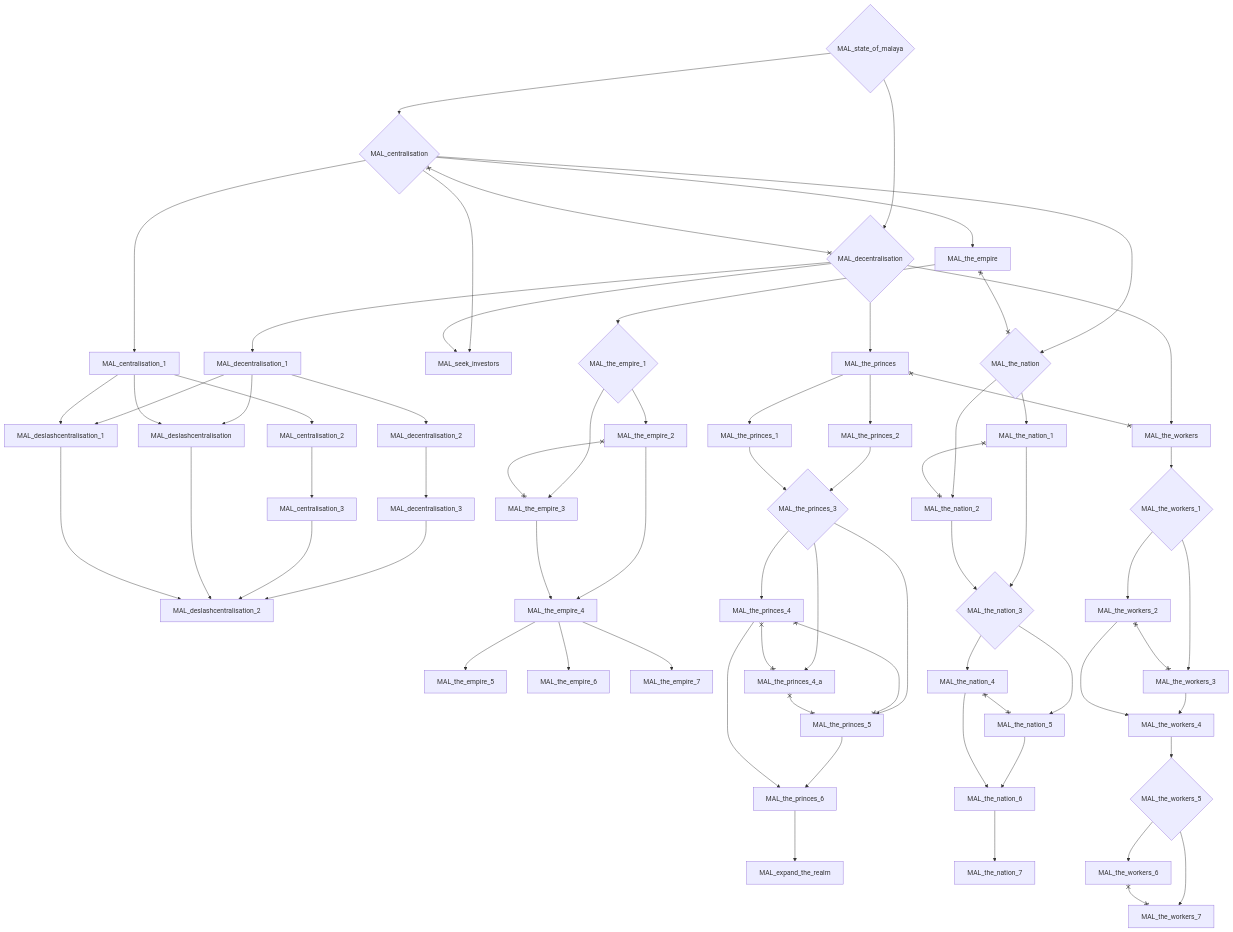
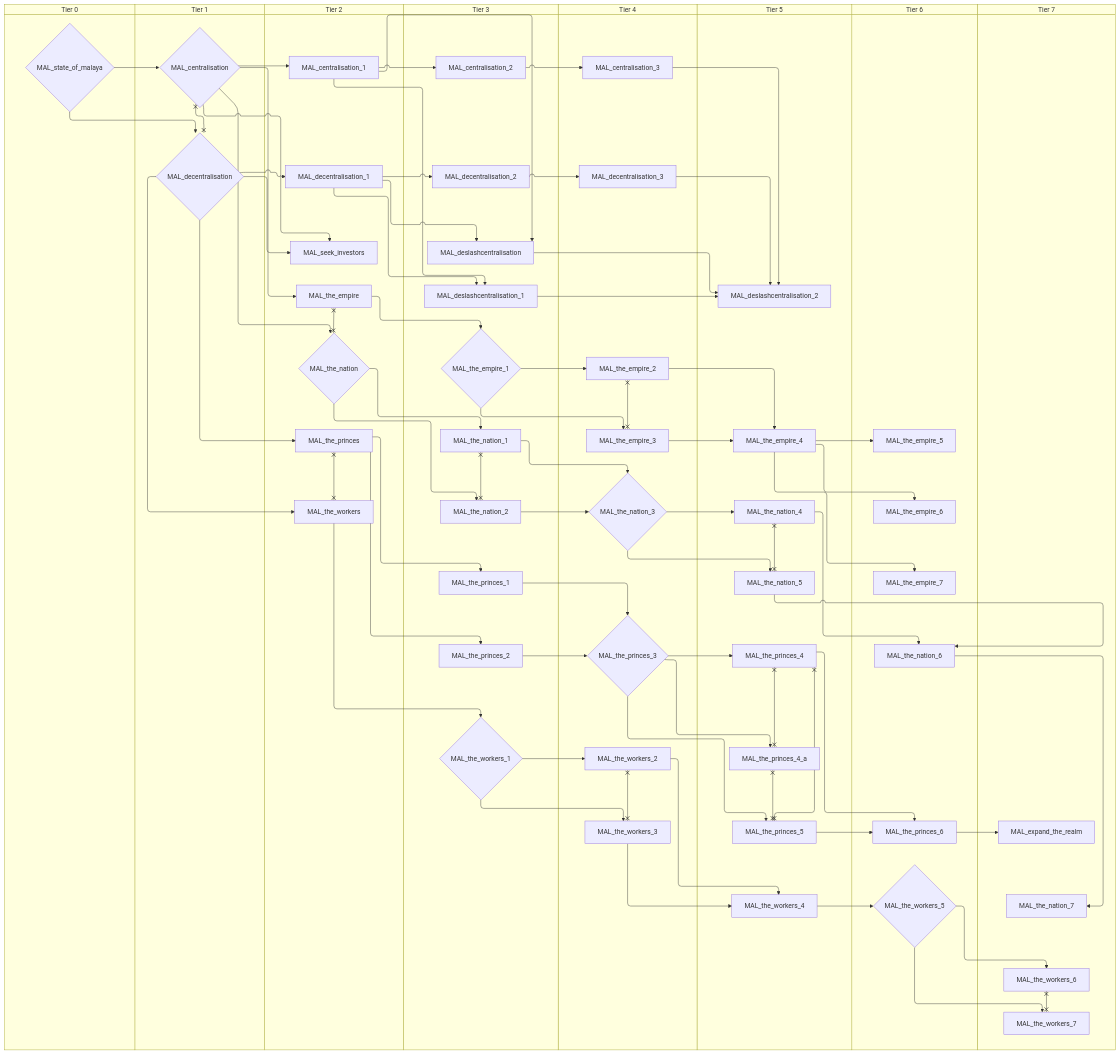
The third of 7 diagrams in docs/gdd/National Focuses/r56/malaysia.md (evgeny-sobol/hoi4-sandbox-mode-r56), drawn with Mermaid before and after one commit. The commit also changed other lines of this file and 423 other files, not shown here.

First line of the commit message:
Re-export Rt56 focus trees as swimlane diagrams

````diff
--- a/docs/gdd/National Focuses/r56/malaysia.md
+++ b/docs/gdd/National Focuses/r56/malaysia.md
@@ -41,117 +55,133 @@
 ```mermaid
-flowchart TD
-    n14{"MAL_centralisation"}
-    n15["MAL_centralisation_1"]
-    n16["MAL_centralisation_2"]
-    n17["MAL_centralisation_3"]
-    n18{"MAL_decentralisation"}
-    n19["MAL_decentralisation_1"]
-    n20["MAL_decentralisation_2"]
-    n21["MAL_decentralisation_3"]
-    n22["MAL_deslashcentralisation"]
-    n23["MAL_deslashcentralisation_1"]
-    n24["MAL_deslashcentralisation_2"]
-    n25["MAL_expand_the_realm"]
-    n26["MAL_seek_investors"]
-    n27{"MAL_state_of_malaya"}
-    n28["MAL_the_empire"]
-    n29{"MAL_the_empire_1"}
-    n30["MAL_the_empire_2"]
-    n31["MAL_the_empire_3"]
-    n32["MAL_the_empire_4"]
-    n33["MAL_the_empire_5"]
-    n34["MAL_the_empire_6"]
-    n35["MAL_the_empire_7"]
-    n36{"MAL_the_nation"}
-    n37["MAL_the_nation_1"]
-    n38["MAL_the_nation_2"]
-    n39{"MAL_the_nation_3"}
-    n40["MAL_the_nation_4"]
-    n41["MAL_the_nation_5"]
-    n42["MAL_the_nation_6"]
-    n43["MAL_the_nation_7"]
-    n44["MAL_the_princes"]
-    n45["MAL_the_princes_1"]
-    n46["MAL_the_princes_2"]
-    n47{"MAL_the_princes_3"}
-    n48["MAL_the_princes_4"]
-    n49["MAL_the_princes_4_a"]
-    n50["MAL_the_princes_5"]
-    n51["MAL_the_princes_6"]
-    n52["MAL_the_workers"]
-    n53{"MAL_the_workers_1"}
-    n54["MAL_the_workers_2"]
-    n55["MAL_the_workers_3"]
-    n56["MAL_the_workers_4"]
-    n57{"MAL_the_workers_5"}
-    n58["MAL_the_workers_6"]
-    n59["MAL_the_workers_7"]
-    n27 --> n14
+swimlane-beta TD
+    subgraph tier_0["Tier 0"]
+        n14{"MAL_state_of_malaya"}
+    end
+    subgraph tier_1["Tier 1"]
+        n15{"MAL_centralisation"}
+        n16{"MAL_decentralisation"}
+    end
+    subgraph tier_2["Tier 2"]
+        n17["MAL_centralisation_1"]
+        n18["MAL_decentralisation_1"]
+        n19["MAL_seek_investors"]
+        n20["MAL_the_empire"]
+        n21{"MAL_the_nation"}
+        n22["MAL_the_princes"]
+        n23["MAL_the_workers"]
+    end
+    subgraph tier_3["Tier 3"]
+        n24["MAL_centralisation_2"]
+        n25["MAL_decentralisation_2"]
+        n26["MAL_deslashcentralisation"]
+        n27["MAL_deslashcentralisation_1"]
+        n28{"MAL_the_empire_1"}
+        n29["MAL_the_nation_1"]
+        n30["MAL_the_nation_2"]
+        n31["MAL_the_princes_1"]
+        n32["MAL_the_princes_2"]
+        n33{"MAL_the_workers_1"}
+    end
+    subgraph tier_4["Tier 4"]
+        n34["MAL_centralisation_3"]
+        n35["MAL_decentralisation_3"]
+        n36["MAL_the_empire_2"]
+        n37["MAL_the_empire_3"]
+        n38{"MAL_the_nation_3"}
+        n39{"MAL_the_princes_3"}
+        n40["MAL_the_workers_2"]
+        n41["MAL_the_workers_3"]
+    end
+    subgraph tier_5["Tier 5"]
+        n42["MAL_deslashcentralisation_2"]
+        n43["MAL_the_empire_4"]
+        n44["MAL_the_nation_4"]
+        n45["MAL_the_nation_5"]
+        n46["MAL_the_princes_4"]
+        n47["MAL_the_princes_4_a"]
+        n48["MAL_the_princes_5"]
+        n49["MAL_the_workers_4"]
+    end
+    subgraph tier_6["Tier 6"]
+        n50["MAL_the_empire_5"]
+        n51["MAL_the_empire_6"]
+        n52["MAL_the_empire_7"]
+        n53["MAL_the_nation_6"]
+        n54["MAL_the_princes_6"]
+        n55{"MAL_the_workers_5"}
+    end
+    subgraph tier_7["Tier 7"]
+        n56["MAL_expand_the_realm"]
+        n57["MAL_the_nation_7"]
+        n58["MAL_the_workers_6"]
+        n59["MAL_the_workers_7"]
+    end
     n14 --> n15
-    n15 --> n16
-    n16 --> n17
-    n27 --> n18
-    n18 --> n19
-    n19 --> n20
-    n20 --> n21
-    n19 --> n22
-    n15 --> n22
-    n19 --> n23
-    n15 --> n23
-    n21 --> n24
+    n15 --> n17
     n17 --> n24
-    n22 --> n24
-    n23 --> n24
-    n51 --> n25
-    n14 --> n26
+    n24 --> n34
+    n14 --> n16
+    n16 --> n18
+    n18 --> n25
+    n25 --> n35
     n18 --> n26
-    n14 --> n28
-    n28 --> n29
-    n29 --> n30
-    n29 --> n31
-    n30 --> n32
-    n31 --> n32
-    n32 --> n33
-    n32 --> n34
-    n32 --> n35
-    n14 --> n36
-    n36 --> n37
-    n36 --> n38
-    n37 --> n39
-    n38 --> n39
-    n39 --> n40
-    n39 --> n41
-    n41 --> n42
-    n40 --> n42
-    n42 --> n43
-    n18 --> n44
-    n44 --> n45
-    n44 --> n46
-    n46 --> n47
-    n45 --> n47
-    n47 --> n48
-    n47 --> n49
-    n47 --> n50
-    n50 --> n51
-    n48 --> n51
-    n18 --> n52
-    n52 --> n53
-    n53 --> n54
-    n53 --> n55
-    n55 --> n56
+    n17 --> n26
+    n18 --> n27
+    n17 --> n27
+    n35 --> n42
+    n34 --> n42
+    n26 --> n42
+    n27 --> n42
     n54 --> n56
-    n56 --> n57
-    n57 --> n58
-    n57 --> n59
-    n14 x--x n18
-    n28 x--x n36
-    n30 x--x n31
-    n37 x--x n38
+    n15 --> n19
+    n16 --> n19
+    n15 --> n20
+    n20 --> n28
+    n28 --> n36
+    n28 --> n37
+    n36 --> n43
+    n37 --> n43
+    n43 --> n50
+    n43 --> n51
+    n43 --> n52
+    n15 --> n21
+    n21 --> n29
+    n21 --> n30
+    n29 --> n38
+    n30 --> n38
+    n38 --> n44
+    n38 --> n45
+    n45 --> n53
+    n44 --> n53
+    n53 --> n57
+    n16 --> n22
+    n22 --> n31
+    n22 --> n32
+    n32 --> n39
+    n31 --> n39
+    n39 --> n46
+    n39 --> n47
+    n39 --> n48
+    n48 --> n54
+    n46 --> n54
+    n16 --> n23
+    n23 --> n33
+    n33 --> n40
+    n33 --> n41
+    n41 --> n49
+    n40 --> n49
+    n49 --> n55
+    n55 --> n58
+    n55 --> n59
+    n15 x--x n16
+    n20 x--x n21
+    n36 x--x n37
+    n29 x--x n30
+    n44 x--x n45
+    n22 x--x n23
+    n46 x--x n47
+    n46 x--x n48
+    n47 x--x n48
     n40 x--x n41
-    n44 x--x n52
-    n48 x--x n49
-    n48 x--x n50
-    n49 x--x n50
-    n54 x--x n55
     n58 x--x n59
 ```
````
